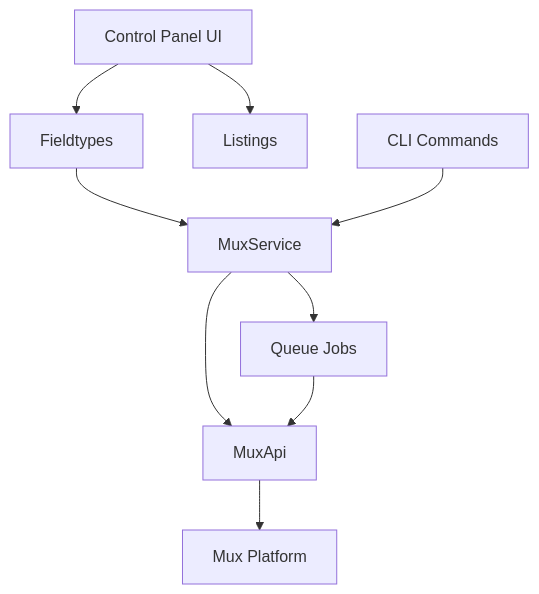
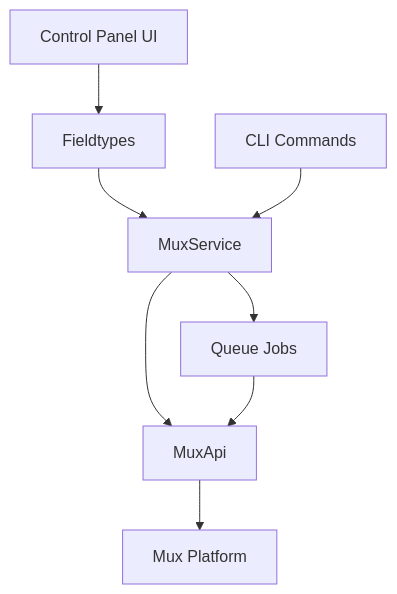
Before and after one commit to daun/statamic-mux: the first of 2 diagrams in memory-bank/systemPatterns.md, drawn with Mermaid. The commit also changed other lines of this file and 3 other files, not shown here.

````diff
--- a/memory-bank/systemPatterns.md
+++ b/memory-bank/systemPatterns.md
@@ -7,11 +7,10 @@
 ```mermaid
 graph TD
     UI[Control Panel UI] --> FT[Fieldtypes]
-    UI --> LI[Listings]
     FT --> SERVICE[MuxService]
     CLI[CLI Commands] --> SERVICE
     SERVICE --> API[MuxApi]
     API --> MUX[Mux Platform]
     SERVICE --> JOBS[Queue Jobs]
     JOBS --> API
 ```
````
